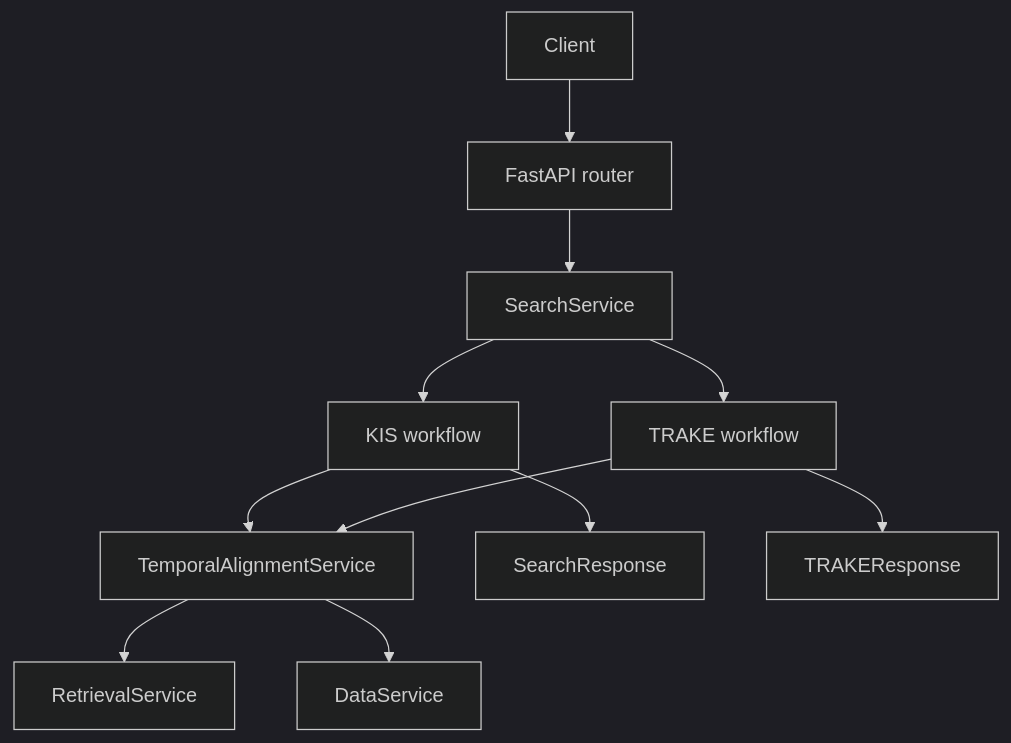
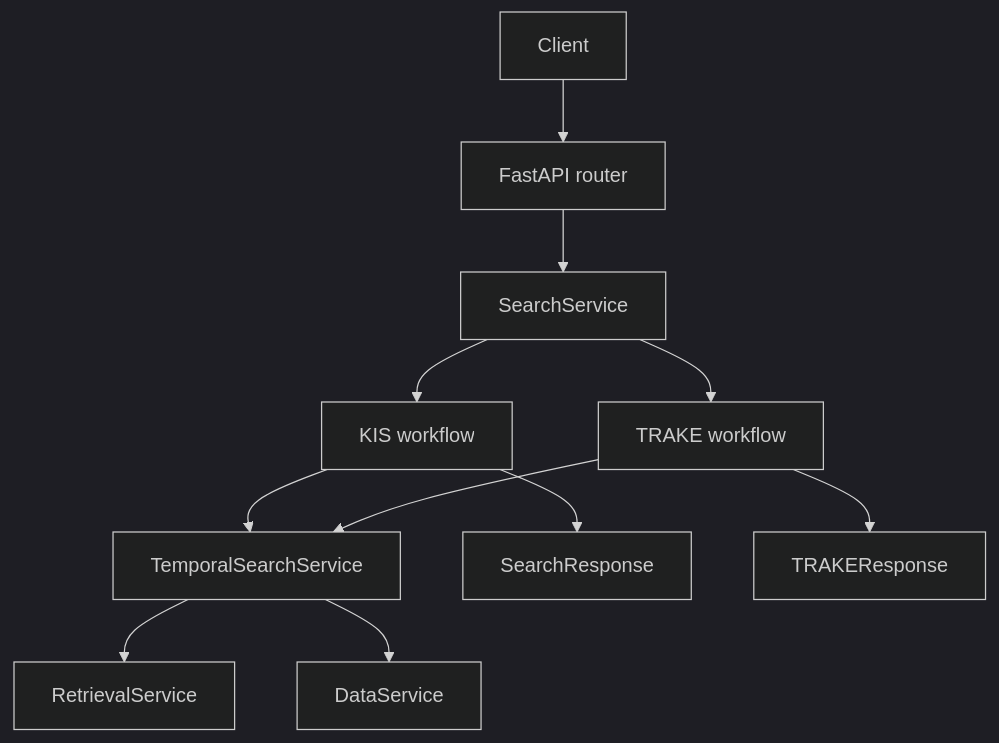
Before and after one commit to khang1108/MLeCDanBGold: the diagram in src/hcmai/README.md, drawn with Mermaid (dark theme). The commit also changed other lines of this file and 22 other files, not shown here.

Commit message:
refactor: expose task agnostic temporal search core

````diff
--- a/src/hcmai/README.md
+++ b/src/hcmai/README.md
@@ -26,13 +26,13 @@
 ```mermaid
 flowchart TB
     CLIENT[Client] --> API[FastAPI router]
     API --> SERVICE[SearchService]
     SERVICE --> KIS[KIS workflow]
     SERVICE --> TRAKE[TRAKE workflow]
-    KIS --> ALIGN[TemporalAlignmentService]
+    KIS --> ALIGN[TemporalSearchService]
     TRAKE --> ALIGN
     ALIGN --> RET[RetrievalService]
     ALIGN --> DATA[DataService]
     KIS --> KOUT[SearchResponse]
     TRAKE --> TOUT[TRAKEResponse]
 ```
````
